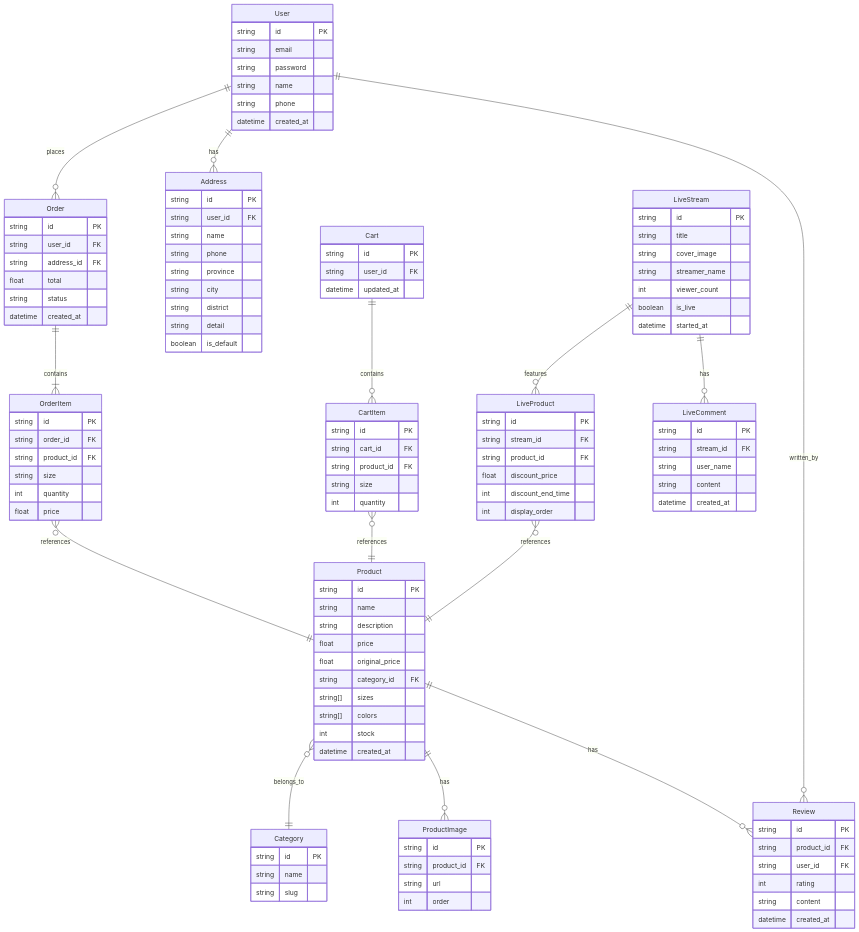
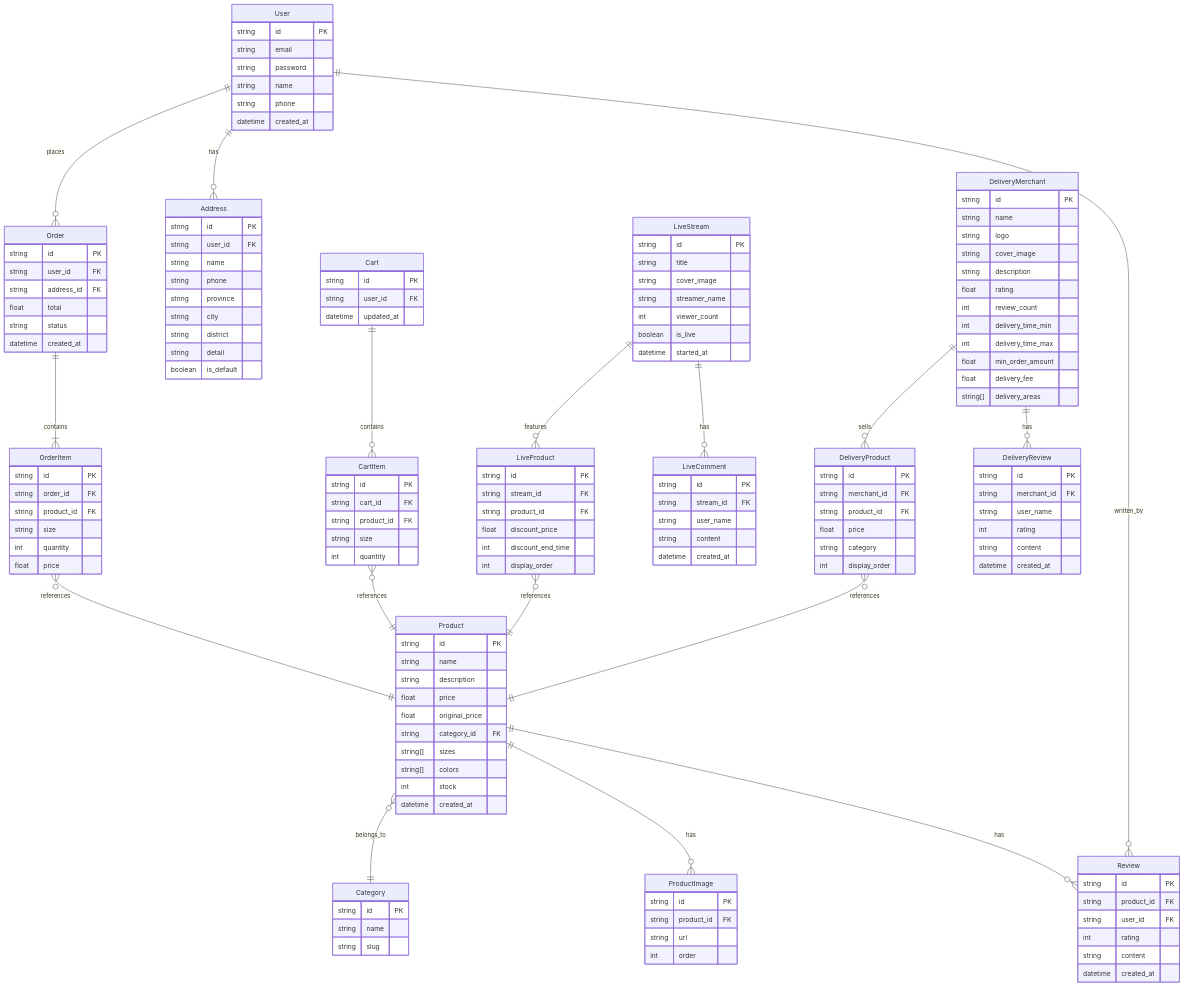
Before and after one commit to wjt-release/demo_1: the second of 2 diagrams in .trae/documents/tech-architecture.md, drawn with Mermaid. The commit also changed other lines of this file and 12 other files, not shown here.

````diff
--- a/.trae/documents/tech-architecture.md
+++ b/.trae/documents/tech-architecture.md
@@ -74,6 +76,9 @@
     LiveStream ||--o{ LiveProduct : features
     LiveProduct }o--|| Product : references
     LiveStream ||--o{ LiveComment : has
+    DeliveryMerchant ||--o{ DeliveryProduct : sells
+    DeliveryProduct }o--|| Product : references
+    DeliveryMerchant ||--o{ DeliveryReview : has
 
     User {
         string id PK
@@ -189,4 +194,37 @@
         string content
         datetime created_at
     }
+    
+    DeliveryMerchant {
+        string id PK
+        string name
+        string logo
+        string cover_image
+        string description
+        float rating
+        int review_count
+        int delivery_time_min
+        int delivery_time_max
+        float min_order_amount
+        float delivery_fee
+        string[] delivery_areas
+    }
+    
+    DeliveryProduct {
+        string id PK
+        string merchant_id FK
+        string product_id FK
+        float price
+        string category
+        int display_order
+    }
+    
+    DeliveryReview {
+        string id PK
+        string merchant_id FK
+        string user_name
+        int rating
+        string content
+        datetime created_at
+    }
 ```
````
